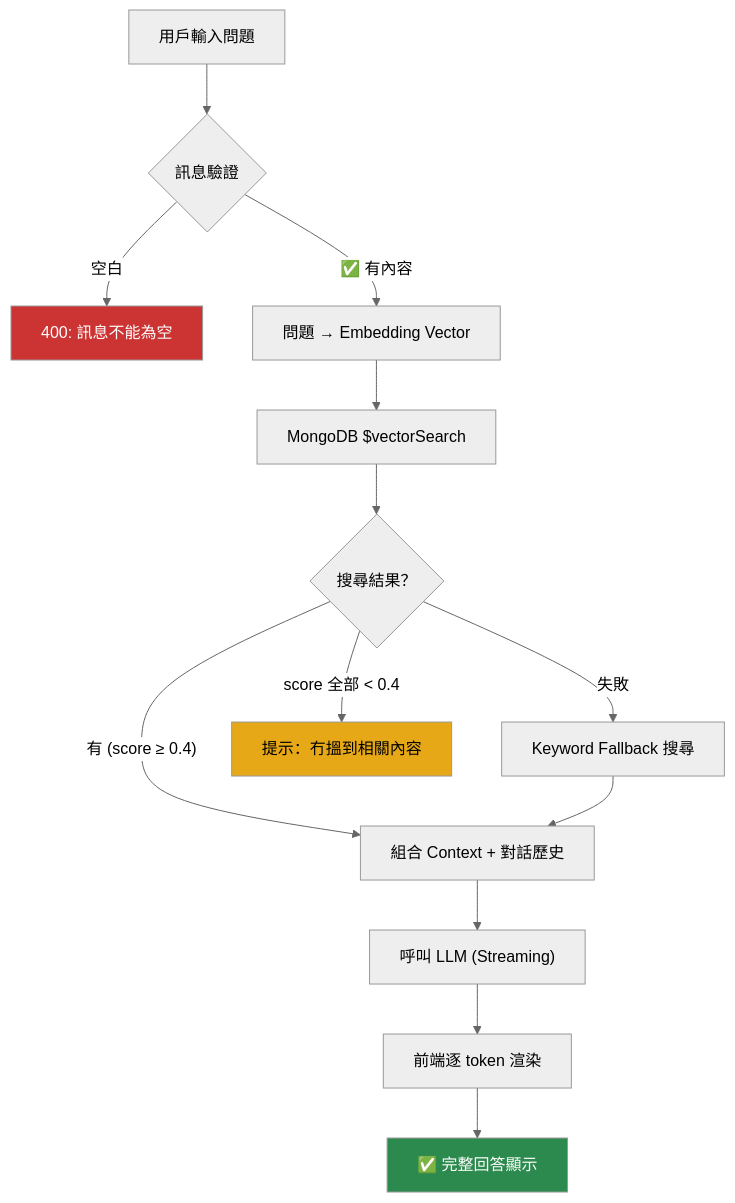
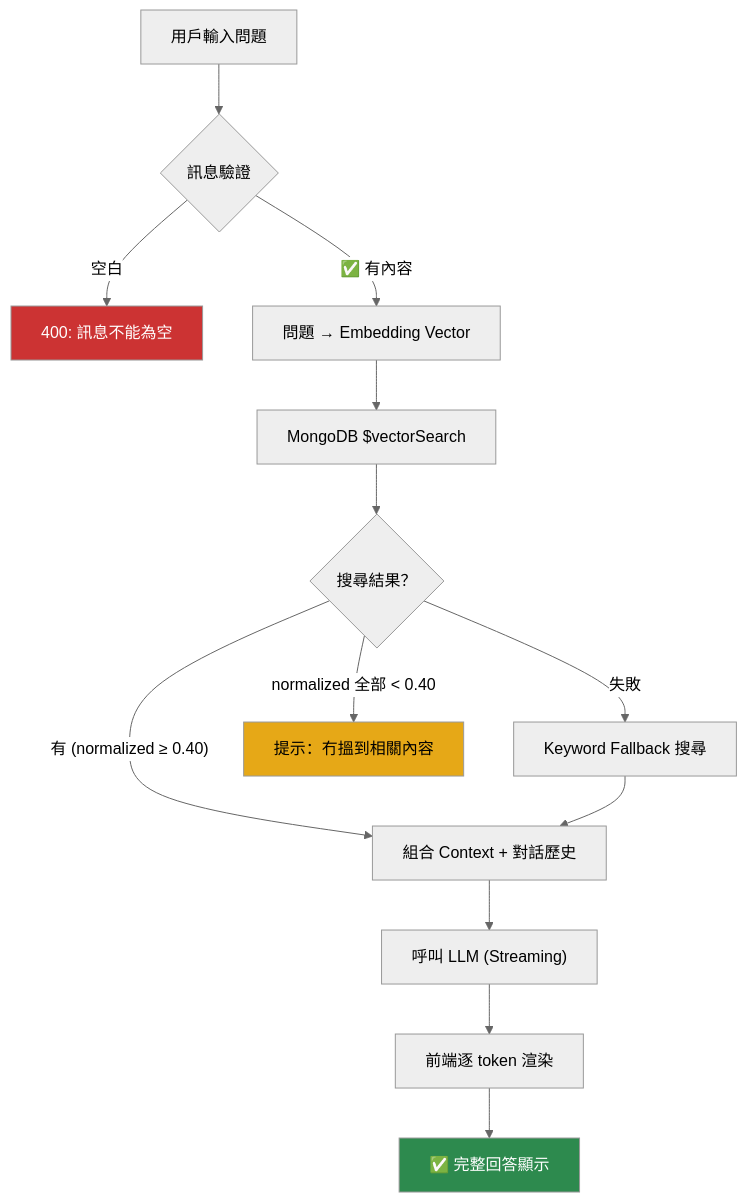
One commit to johnmak101-ops/RevisionApp changed the fourth of 8 diagrams in docs/UI_FLOW_DIAGRAM.md. Above: the diagram before and after it, drawn with Mermaid (neutral theme). The commit also changed other lines of this file and 64 other files, not shown here.

````diff
--- a/docs/UI_FLOW_DIAGRAM.md
+++ b/docs/UI_FLOW_DIAGRAM.md
@@ -56,22 +73,22 @@
 ```mermaid
 flowchart TD
     A["用戶輸入問題"] --> B{"訊息驗證"}
     B -->|"空白"| ERR1["400: 訊息不能為空"]
     B -->|"✅ 有內容"| C["問題 → Embedding Vector"]
     
     C --> D["MongoDB $vectorSearch"]
     D --> E{"搜尋結果？"}
     
-    E -->|"有 (score ≥ 0.4)"| F["組合 Context + 對話歷史"]
+    E -->|"有 (normalized ≥ 0.40)"| F["組合 Context + 對話歷史"]
     E -->|"失敗"| G["Keyword Fallback 搜尋"]
-    E -->|"score 全部 < 0.4"| H["提示：冇搵到相關內容"]
+    E -->|"normalized 全部 < 0.40"| H["提示：冇搵到相關內容"]
     
     G --> F
     F --> I["呼叫 LLM (Streaming)"]
     I --> J["前端逐 token 渲染"]
     J --> K["✅ 完整回答顯示"]
     
     style K fill:#2d8a4e,color:#fff
     style ERR1 fill:#cc3333,color:#fff
     style H fill:#e6a817,color:#000
 ```
````
